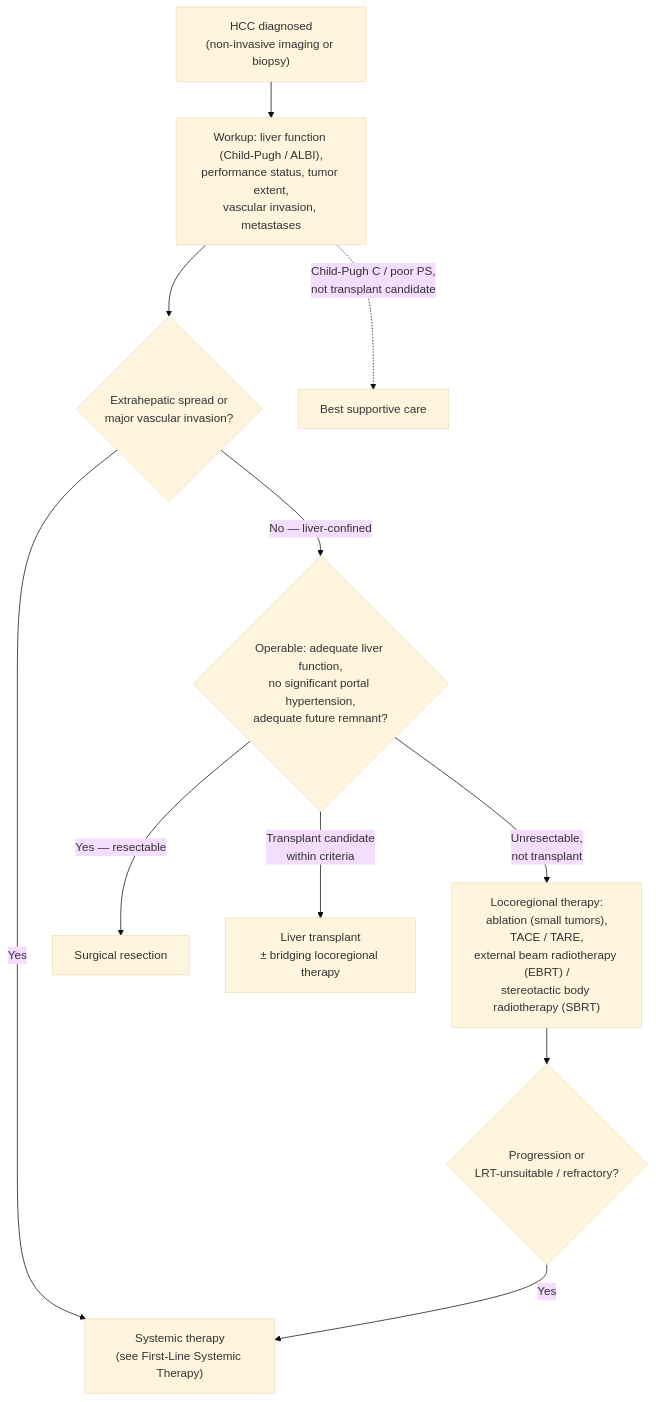
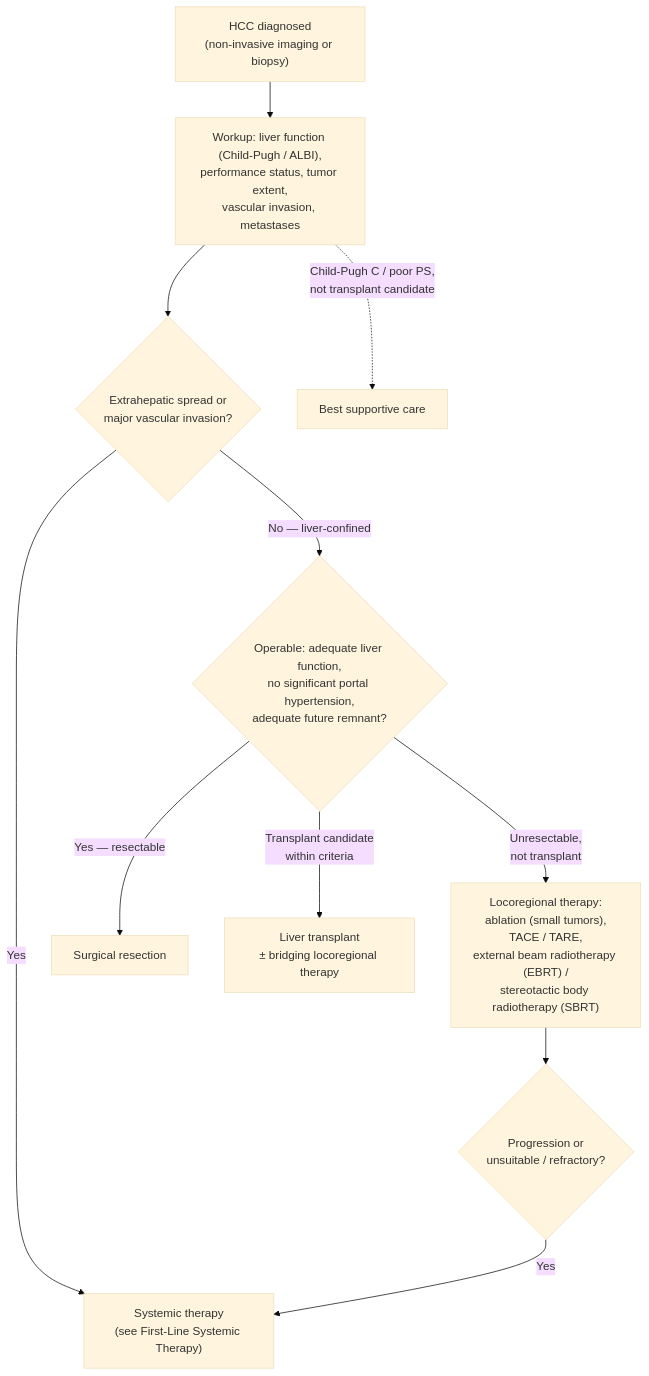
Before and after one commit to KHNickLeMD/KHNL-GI-Wiki: the diagram in KHNL-GI-Wiki/wiki/1-disease-scripts/hepatology-diseases/hepatocellular-carcinoma.md, drawn with Mermaid (base theme). The commit also changed other lines of this file and 34 other files, not shown here.

````diff
--- a/KHNL-GI-Wiki/wiki/1-disease-scripts/hepatology-diseases/hepatocellular-carcinoma.md
+++ b/KHNL-GI-Wiki/wiki/1-disease-scripts/hepatology-diseases/hepatocellular-carcinoma.md
@@ -160,13 +130,13 @@
 ```mermaid
 flowchart TD
     A["HCC diagnosed<br/>(non-invasive imaging or biopsy)"] --> B["Workup: liver function (Child-Pugh / ALBI),<br/>performance status, tumor extent,<br/>vascular invasion, metastases"]
     B --> C{"Extrahepatic spread or<br/>major vascular invasion?"}
     C -->|"Yes"| SYS["Systemic therapy<br/>(see First-Line Systemic Therapy)"]
     C -->|"No — liver-confined"| E{"Operable: adequate liver function,<br/>no significant portal hypertension,<br/>adequate future remnant?"}
     E -->|"Yes — resectable"| RES["Surgical resection"]
     E -->|"Transplant candidate<br/>within criteria"| LT["Liver transplant<br/>± bridging locoregional therapy"]
     E -->|"Unresectable,<br/>not transplant"| LRT["Locoregional therapy:<br/>ablation (small tumors),<br/>TACE / TARE,<br/>external beam radiotherapy (EBRT) /<br/>stereotactic body radiotherapy (SBRT)"]
-    LRT --> PROG{"Progression or<br/>LRT-unsuitable / refractory?"}
+    LRT --> PROG{"Progression or<br/>unsuitable / refractory?"}
     PROG -->|"Yes"| SYS
     B -.->|"Child-Pugh C / poor PS,<br/>not transplant candidate"| BSC["Best supportive care"]
 ```
````
